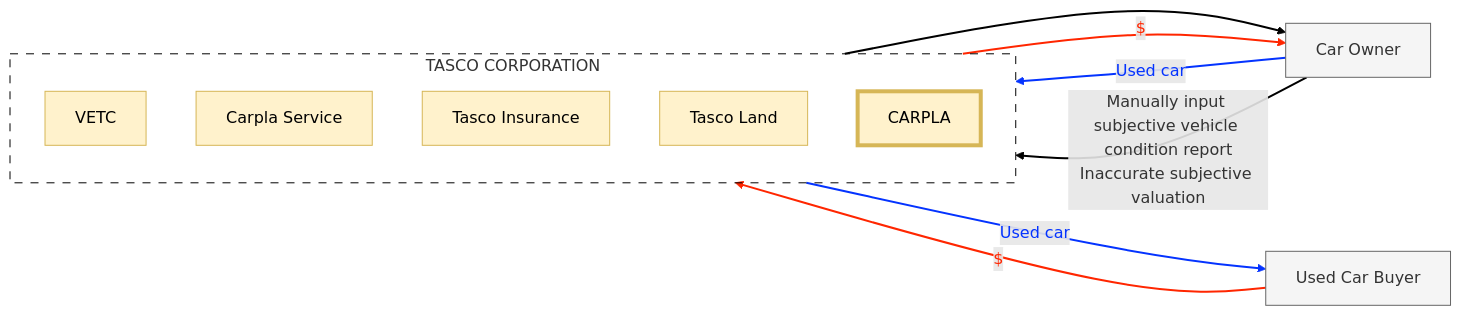
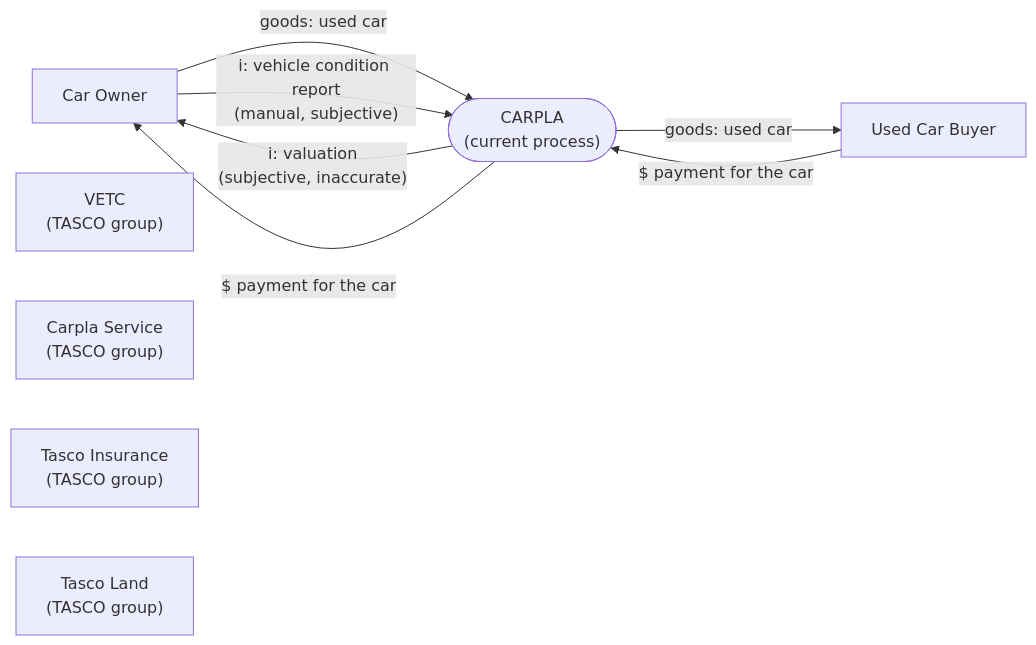
The first of 2 diagrams in Context/CVCA.md (giangnhk63db/DBIZ-2_GROUP-A), drawn with Mermaid before and after one commit. The commit also changed other lines of this file, not shown here.

````diff
--- a/Context/CVCA.md
+++ b/Context/CVCA.md
@@ -15,30 +17,17 @@
 ```mermaid
 flowchart LR
-   CO["Car Owner"]
-   BUYER["Used Car Buyer"]
-   subgraph TASCO["TASCO CORPORATION"]
-       direction TB
-       VETC["VETC"]
-       CS["Carpla Service"]
-       INS["Tasco Insurance"]
-       LAND["Tasco Land"]
-       CARPLA["CARPLA"]
-   end
-   CO -->|"Used car"| CARPLA
-   CARPLA --> CO
-   CO -->|"Manually input subjective vehicle condition report<br/>Inaccurate subjective valuation"| CARPLA
-   CARPLA -->|"Used car"| BUYER
-   BUYER -->|"$"| CARPLA
-   CARPLA -->|"$"| CO
-   classDef ext fill:#f5f5f5,stroke:#666666,color:#333333;
-   classDef tasco fill:#fff2cc,stroke:#d6b656,color:#000000;
-   classDef main fill:#fff2cc,stroke:#d6b656,stroke-width:4px,color:#000000;
-   class CO,BUYER ext;
-   class VETC,CS,INS,LAND tasco;
-   class CARPLA main;
-   style TASCO fill:none,stroke:#000000,stroke-dasharray:8 8
-   %% Xanh = thong tin: 0,3 | Den = san pham: 1,2 | Do = tien: 4,5
-   linkStyle 0,3 stroke:#0433ff,stroke-width:2px,color:#0433ff
-   linkStyle 1,2 stroke:#000000,stroke-width:2px
-   linkStyle 4,5 stroke:#ff2600,stroke-width:2px,color:#ff2600
+  CO["Car Owner"]
+  BUYER["Used Car Buyer"]
+  CARPLA(["CARPLA<br>(current process)"])
+  VETC["VETC<br>(TASCO group)"]
+  CS["Carpla Service<br>(TASCO group)"]
+  INS["Tasco Insurance<br>(TASCO group)"]
+  LAND["Tasco Land<br>(TASCO group)"]
+
+  CO -->|"goods: used car"| CARPLA
+  CO -->|"i: vehicle condition report<br>(manual, subjective)"| CARPLA
+  CARPLA -->|"i: valuation<br>(subjective, inaccurate)"| CO
+  CARPLA -->|"goods: used car"| BUYER
+  BUYER -->|"$ payment for the car"| CARPLA
+  CARPLA -->|"$ payment for the car"| CO
 ```
````
